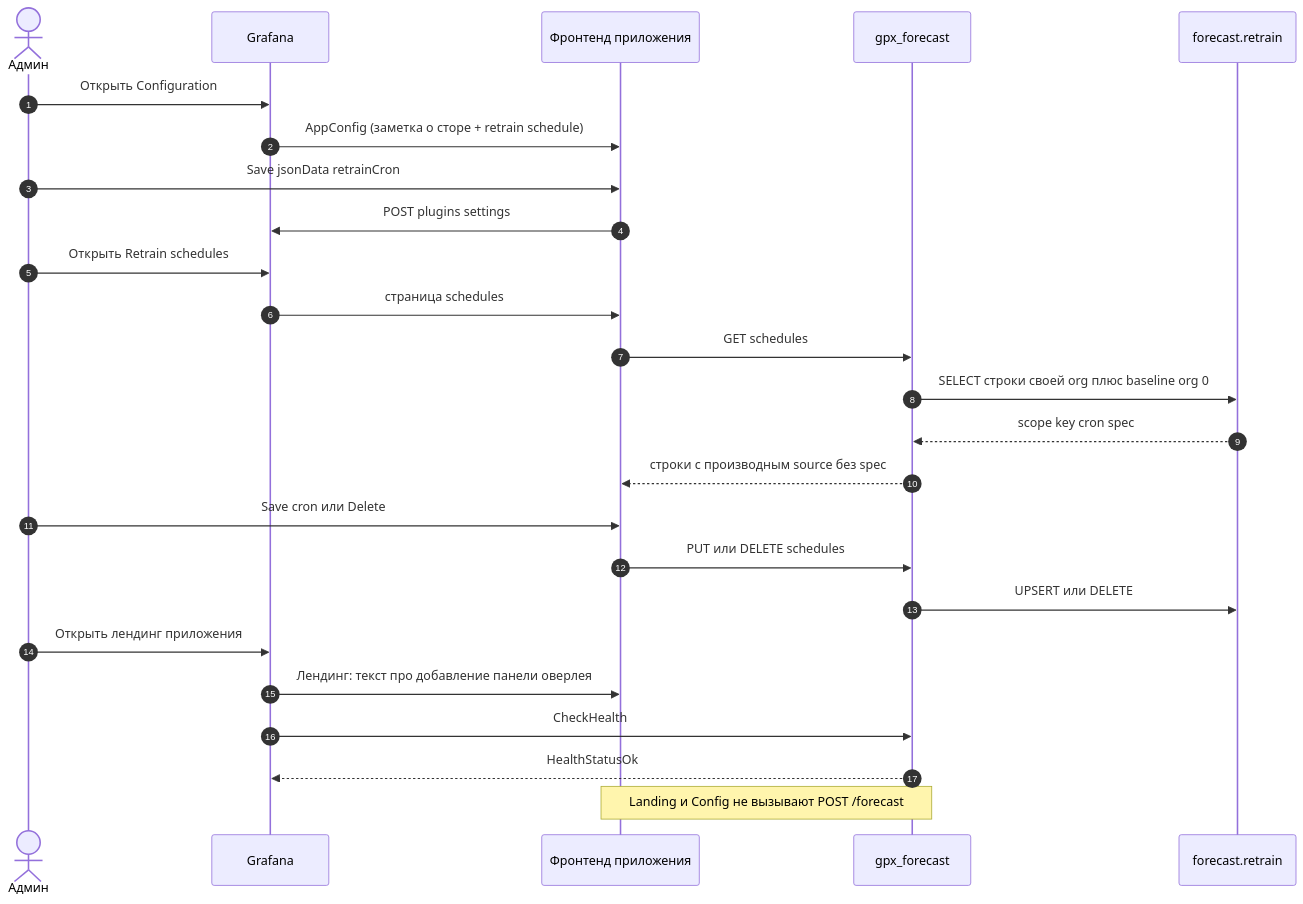
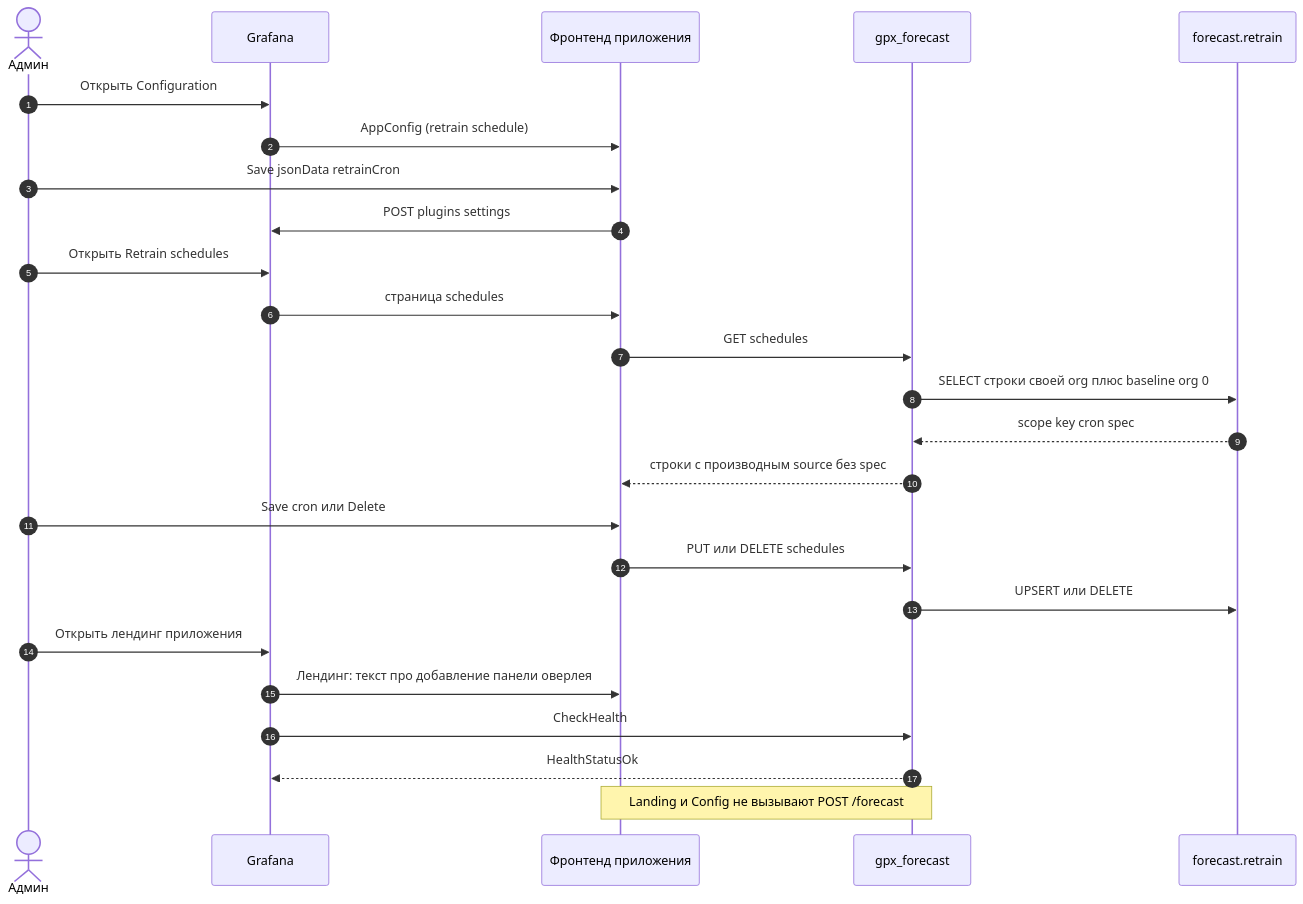
Before and after one commit to eduard-kolotushin/timeseries-grafana: the diagram in diagrams/11-app-pages.md, drawn with Mermaid. The commit also changed 4 other files, not shown here.

````diff
--- a/diagrams/11-app-pages.md
+++ b/diagrams/11-app-pages.md
@@ -13,28 +13,28 @@
 ```mermaid
 sequenceDiagram
   autonumber
   actor Admin as Админ
   participant Grafana
   participant App as Фронтенд приложения
   participant BE as gpx_forecast
   participant PG as forecast.retrain
 
   Admin->>Grafana: Открыть Configuration
-  Grafana->>App: AppConfig (заметка о сторе + retrain schedule)
+  Grafana->>App: AppConfig (retrain schedule)
   Admin->>App: Save jsonData retrainCron
   App->>Grafana: POST plugins settings
   Admin->>Grafana: Открыть Retrain schedules
   Grafana->>App: страница schedules
   App->>BE: GET schedules
   BE->>PG: SELECT строки своей org плюс baseline org 0
   PG-->>BE: scope key cron spec
   BE-->>App: строки с производным source без spec
   Admin->>App: Save cron или Delete
   App->>BE: PUT или DELETE schedules
   BE->>PG: UPSERT или DELETE
   Admin->>Grafana: Открыть лендинг приложения
   Grafana->>App: Лендинг: текст про добавление панели оверлея
   Grafana->>BE: CheckHealth
   BE-->>Grafana: HealthStatusOk
   Note over App,BE: Landing и Config не вызывают POST /forecast
 ```
````
